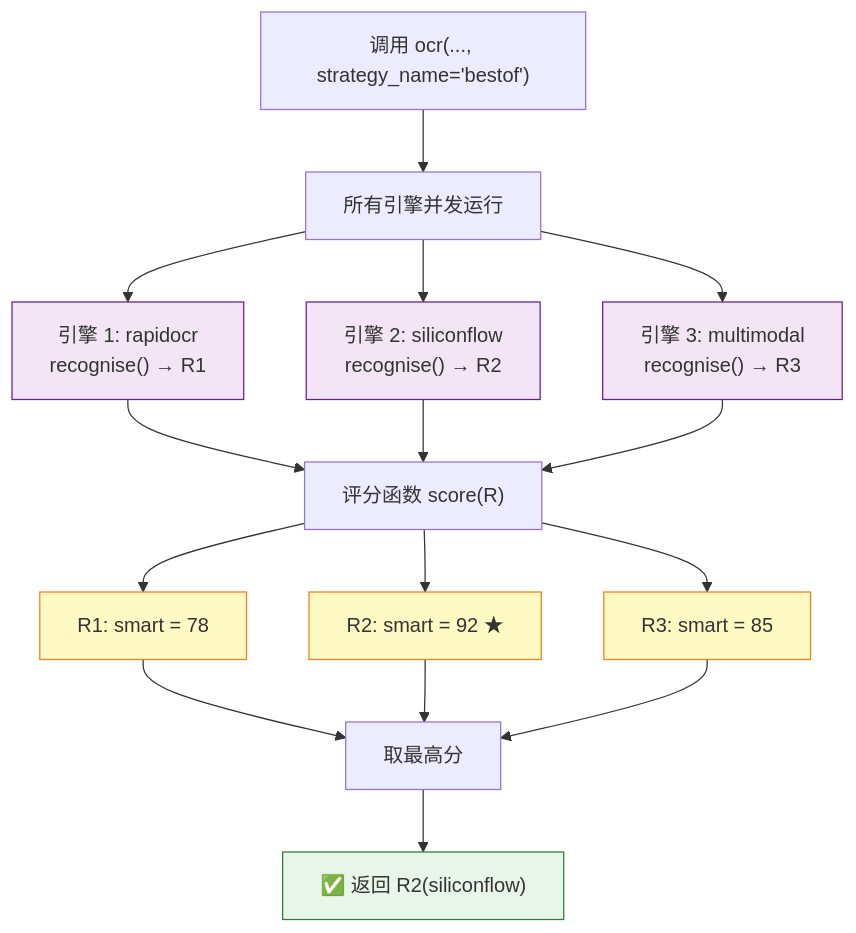
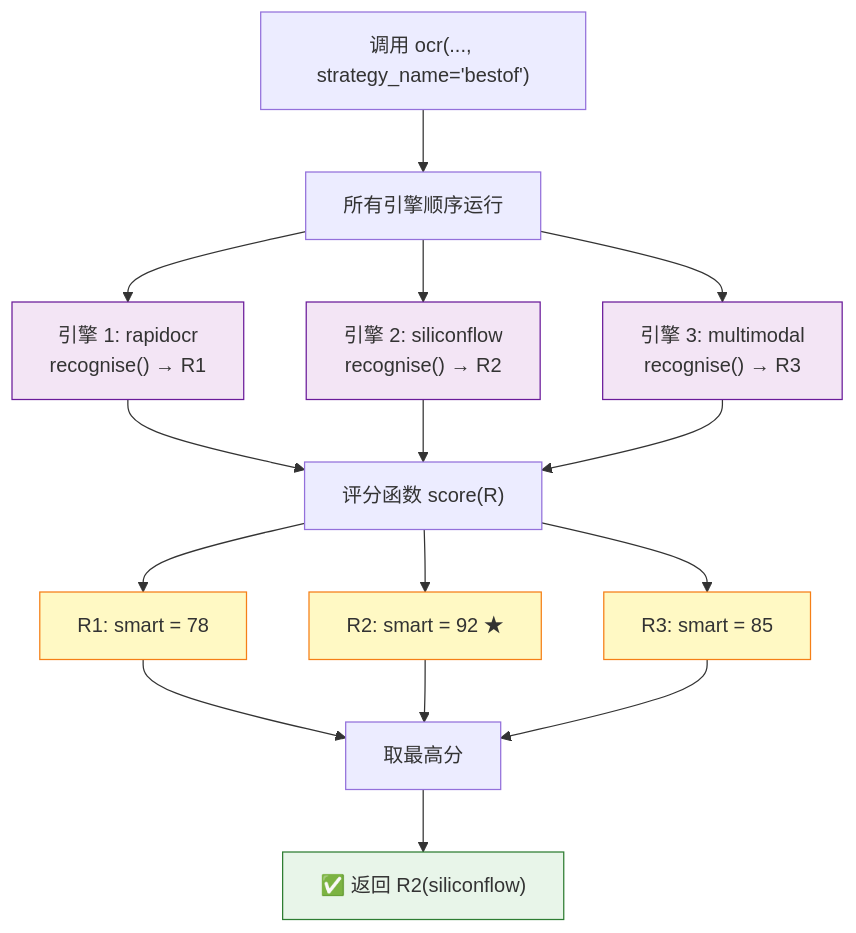
One commit to yejinlei/jykj-ocr changed diagram 13 of 15 in docs/manual.md. Above: the diagram before and after it, drawn with Mermaid. The commit also changed other lines of this file, not shown here.

````diff
--- a/docs/manual.md
+++ b/docs/manual.md
@@ -1131,31 +1131,31 @@
 ```mermaid
 flowchart TD
     START["调用 ocr(..., strategy_name='bestof')"]
 
-    START --> BRANCH["所有引擎并发运行"]
+    START --> BRANCH["所有引擎顺序运行"]
 
     BRANCH --> E1["引擎 1: rapidocr<br/>recognise() → R1"]
     BRANCH --> E2["引擎 2: siliconflow<br/>recognise() → R2"]
     BRANCH --> E3["引擎 3: multimodal<br/>recognise() → R3"]
 
     E1 --> SCORE["评分函数 score(R)"]
     E2 --> SCORE
     E3 --> SCORE
 
     SCORE --> S1["R1: smart = 78"]
     SCORE --> S2["R2: smart = 92 ★"]
     SCORE --> S3["R3: smart = 85"]
 
     S1 --> PICK["取最高分"]
     S2 --> PICK
     S3 --> PICK
 
     PICK --> RETURN["✅ 返回 R2(siliconflow)"]
 
     classDef engine fill:#f3e5f5,stroke:#6a1b9a
     classDef score fill:#fff9c4,stroke:#f57f17
     classDef best fill:#e8f5e9,stroke:#2e7d32
     class E1,E2,E3 engine
     class S1,S2,S3 score
     class RETURN best
 ```
````
